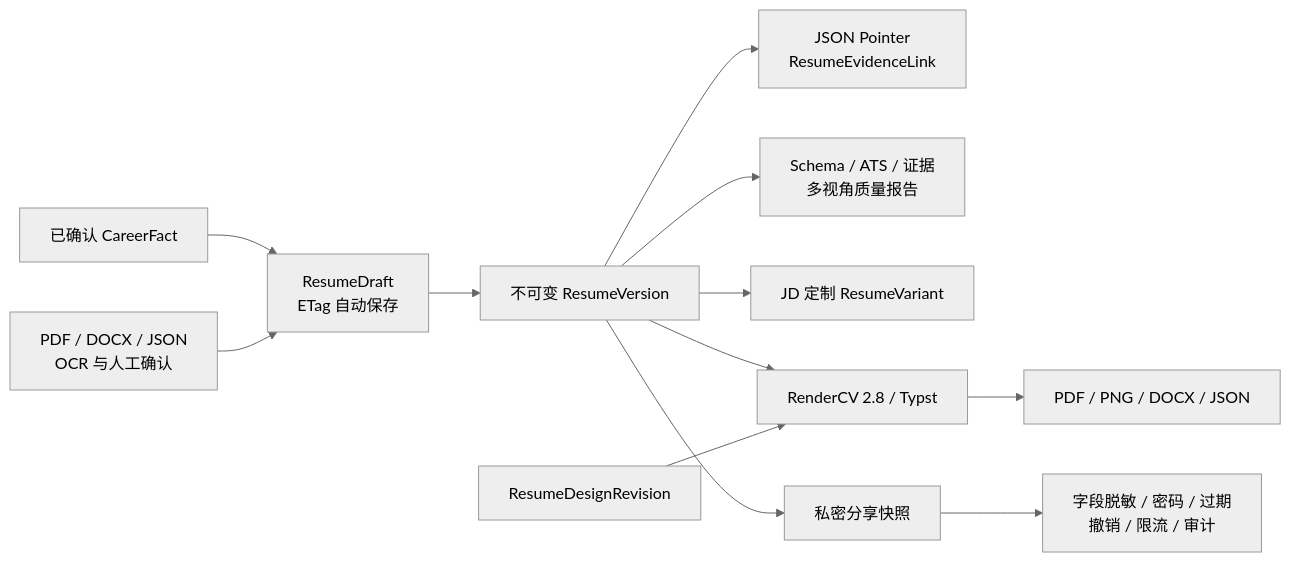
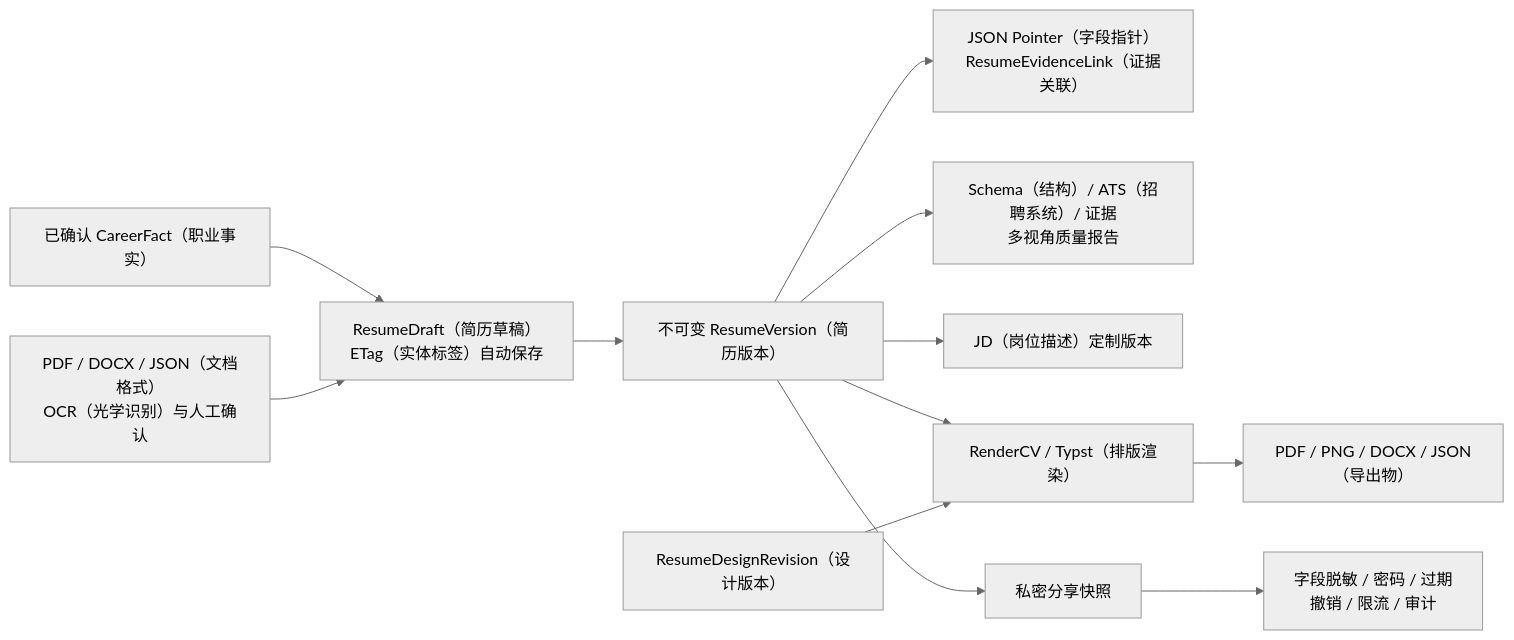
The second of 5 diagrams in README.md (6Asmile/AI_interview), drawn with Mermaid (neutral theme) before and after one commit. The commit also changed other lines of this file and 91 other files, not shown here.

````diff
--- a/README.md
+++ b/README.md
@@ -58,14 +70,14 @@
 ```mermaid
 flowchart LR
-    FACT["已确认 CareerFact"] --> DRAFT["ResumeDraft<br/>ETag 自动保存"]
-    IMPORT["PDF / DOCX / JSON<br/>OCR 与人工确认"] --> DRAFT
-    DRAFT --> VERSION["不可变 ResumeVersion"]
-    VERSION --> EVIDENCE["JSON Pointer<br/>ResumeEvidenceLink"]
-    VERSION --> QUALITY["Schema / ATS / 证据<br/>多视角质量报告"]
-    VERSION --> VARIANT["JD 定制 ResumeVariant"]
-    VERSION --> RENDER["RenderCV 2.8 / Typst"]
-    DESIGN["ResumeDesignRevision"] --> RENDER
-    RENDER --> ARTIFACT["PDF / PNG / DOCX / JSON"]
+    FACT["已确认 CareerFact（职业事实）"] --> DRAFT["ResumeDraft（简历草稿）<br/>ETag（实体标签）自动保存"]
+    IMPORT["PDF / DOCX / JSON（文档格式）<br/>OCR（光学识别）与人工确认"] --> DRAFT
+    DRAFT --> VERSION["不可变 ResumeVersion（简历版本）"]
+    VERSION --> EVIDENCE["JSON Pointer（字段指针）<br/>ResumeEvidenceLink（证据关联）"]
+    VERSION --> QUALITY["Schema（结构）/ ATS（招聘系统）/ 证据<br/>多视角质量报告"]
+    VERSION --> VARIANT["JD（岗位描述）定制版本"]
+    VERSION --> RENDER["RenderCV / Typst（排版渲染）"]
+    DESIGN["ResumeDesignRevision（设计版本）"] --> RENDER
+    RENDER --> ARTIFACT["PDF / PNG / DOCX / JSON（导出物）"]
     VERSION --> SHARE["私密分享快照"]
     SHARE --> REDACT["字段脱敏 / 密码 / 过期<br/>撤销 / 限流 / 审计"]
 ```
````
